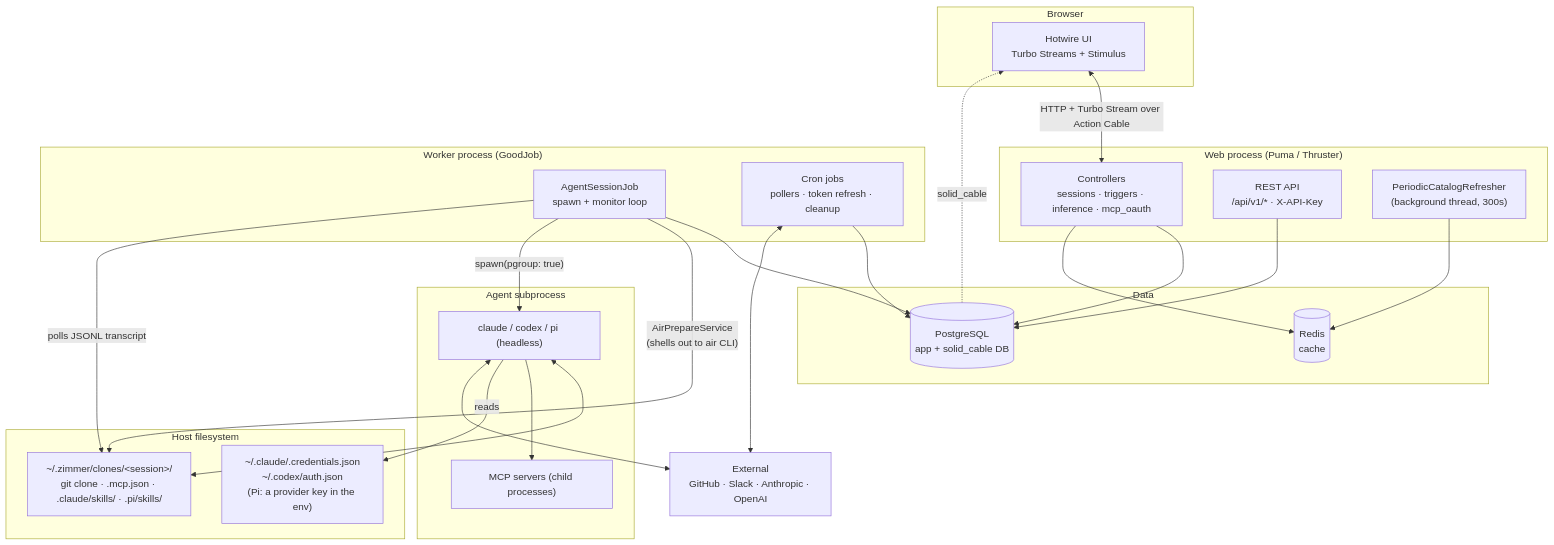
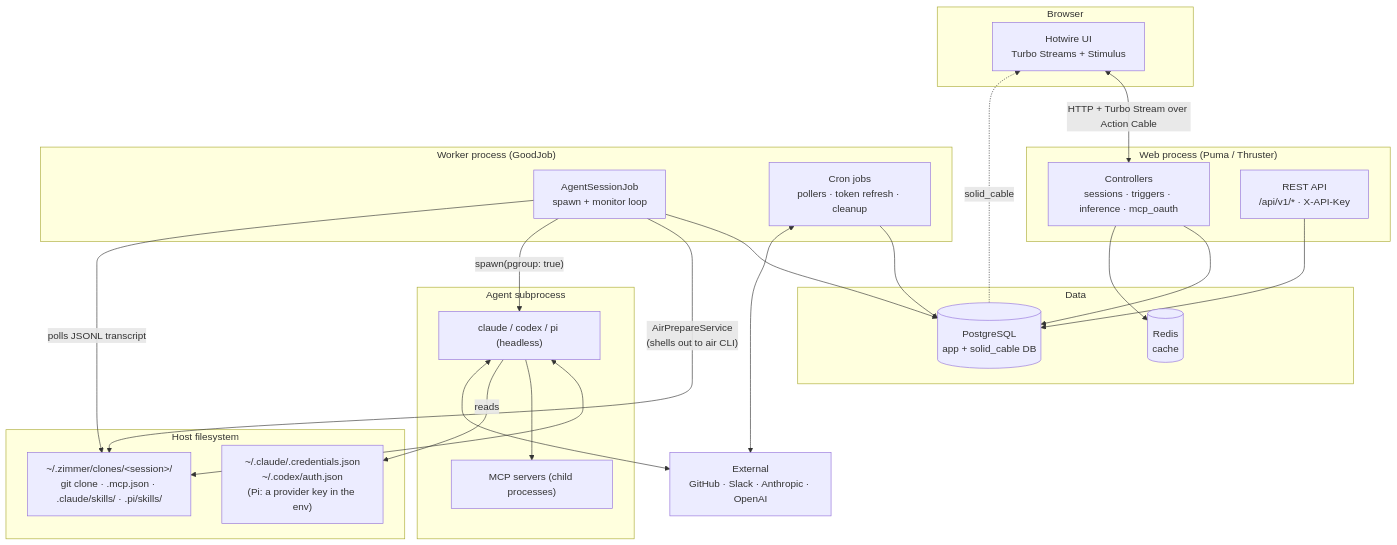
One commit to tadasant/zimmer changed the first of 2 diagrams in docs/src/content/docs/intro/architecture.md. Above: the diagram before and after it, drawn with Mermaid. The commit also changed other lines of this file and 19 other files, not shown here.

First line of the commit message:
refactor(catalog): serve the catalog snapshot everywhere; delete the Puma refresh thread (#98)

````diff
--- a/docs/src/content/docs/intro/architecture.md
+++ b/docs/src/content/docs/intro/architecture.md
@@ -13,51 +13,49 @@
 ```mermaid
 flowchart TB
     subgraph browser["Browser"]
         UI["Hotwire UI<br/>Turbo Streams + Stimulus"]
     end
 
     subgraph web["Web process (Puma / Thruster)"]
         RC["Controllers<br/>sessions · triggers · inference · mcp_oauth"]
         API["REST API<br/>/api/v1/* · X-API-Key"]
-        PCR["PeriodicCatalogRefresher<br/>(background thread, 300s)"]
     end
 
     subgraph worker["Worker process (GoodJob)"]
         ASJ["AgentSessionJob<br/>spawn + monitor loop"]
         CRON["Cron jobs<br/>pollers · token refresh · cleanup"]
     end
 
     subgraph data["Data"]
         PG[("PostgreSQL<br/>app + solid_cable DB")]
         RD[("Redis<br/>cache")]
     end
 
     subgraph host["Host filesystem"]
         CLONE["~/.zimmer/clones/&lt;session&gt;/<br/>git clone · .mcp.json · .claude/skills/ · .pi/skills/"]
         CRED["~/.claude/.credentials.json<br/>~/.codex/auth.json<br/>(Pi: a provider key in the env)"]
     end
 
     subgraph proc["Agent subprocess"]
         CLI["claude / codex / pi (headless)"]
         MCP["MCP servers (child processes)"]
     end
 
     EXT["External<br/>GitHub · Slack · Anthropic · OpenAI"]
 
     UI <-->|"HTTP + Turbo Stream over Action Cable"| RC
     RC --> PG
     API --> PG
     PG -.->|"solid_cable"| UI
     RC --> RD
     ASJ --> PG
     CRON --> PG
     ASJ -->|"AirPrepareService<br/>(shells out to air CLI)"| CLONE
     ASJ -->|"spawn(pgroup: true)"| CLI
     CLI <--> CLONE
     CLI --> MCP
     CLI -->|"reads"| CRED
     ASJ -->|"polls JSONL transcript"| CLONE
     CLI <--> EXT
     CRON <--> EXT
-    PCR --> RD
 ```
````
